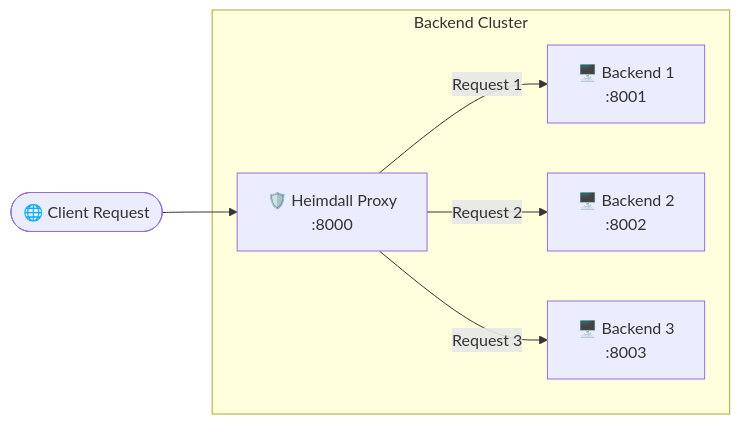
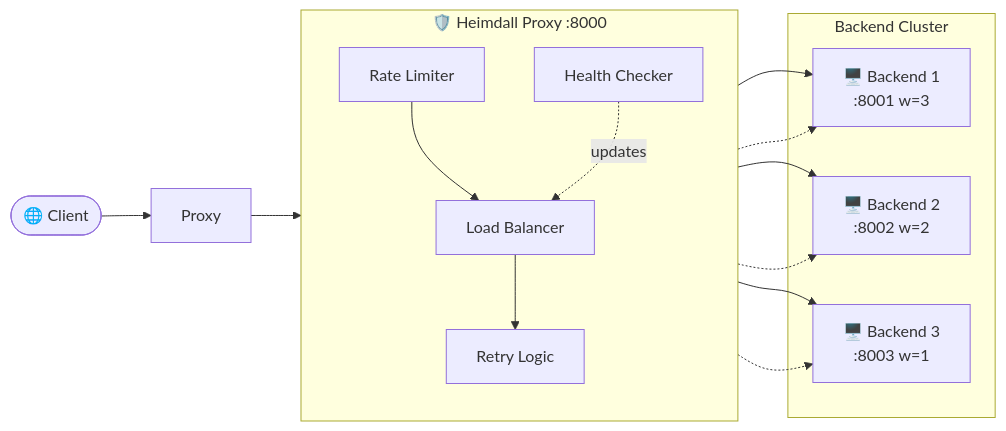
One commit to saibhegde11/Heimdall changed the diagram in README.md. Above: the diagram before and after it, drawn with Mermaid. The commit also changed other lines of this file and 9 other files, not shown here.

First line of the commit message:
feat: full implementation — multi-algorithm LB, health checks, rate limiting, transparent proxying

````diff
--- a/README.md
+++ b/README.md
@@ -18,10 +18,26 @@
 ```mermaid
 flowchart LR
-    Client([🌐 Client Request]) --> Heimdall[🛡️ Heimdall Proxy\n:8000]
-    
-    subgraph Backend Cluster
-        Heimdall -- Request 1 --> S1[🖥️ Backend 1\n:8001]
-        Heimdall -- Request 2 --> S2[🖥️ Backend 2\n:8002]
-        Heimdall -- Request 3 --> S3[🖥️ Backend 3\n:8003]
+    Client([🌐 Client]) --> Proxy
+
+    subgraph Heimdall["🛡️ Heimdall Proxy :8000"]
+        direction TB
+        RL[Rate Limiter] --> LB[Load Balancer]
+        LB --> Retry[Retry Logic]
+        HC[Health Checker] -.->|updates| LB
     end
+
+    Proxy --> RL
+
+    subgraph Backends["Backend Cluster"]
+        S1[🖥️ Backend 1\n:8001 w=3]
+        S2[🖥️ Backend 2\n:8002 w=2]
+        S3[🖥️ Backend 3\n:8003 w=1]
+    end
+
+    Retry --> S1
+    Retry --> S2
+    Retry --> S3
+    HC -.-> S1
+    HC -.-> S2
+    HC -.-> S3
 ```
````
